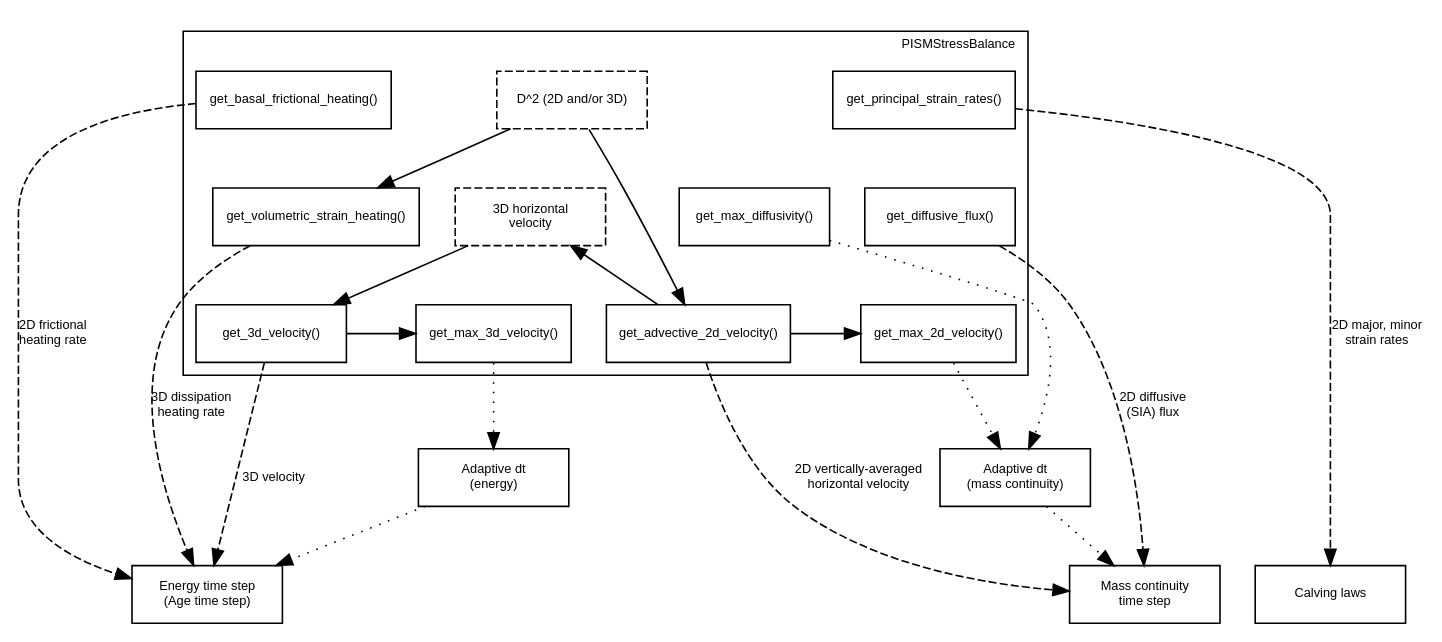
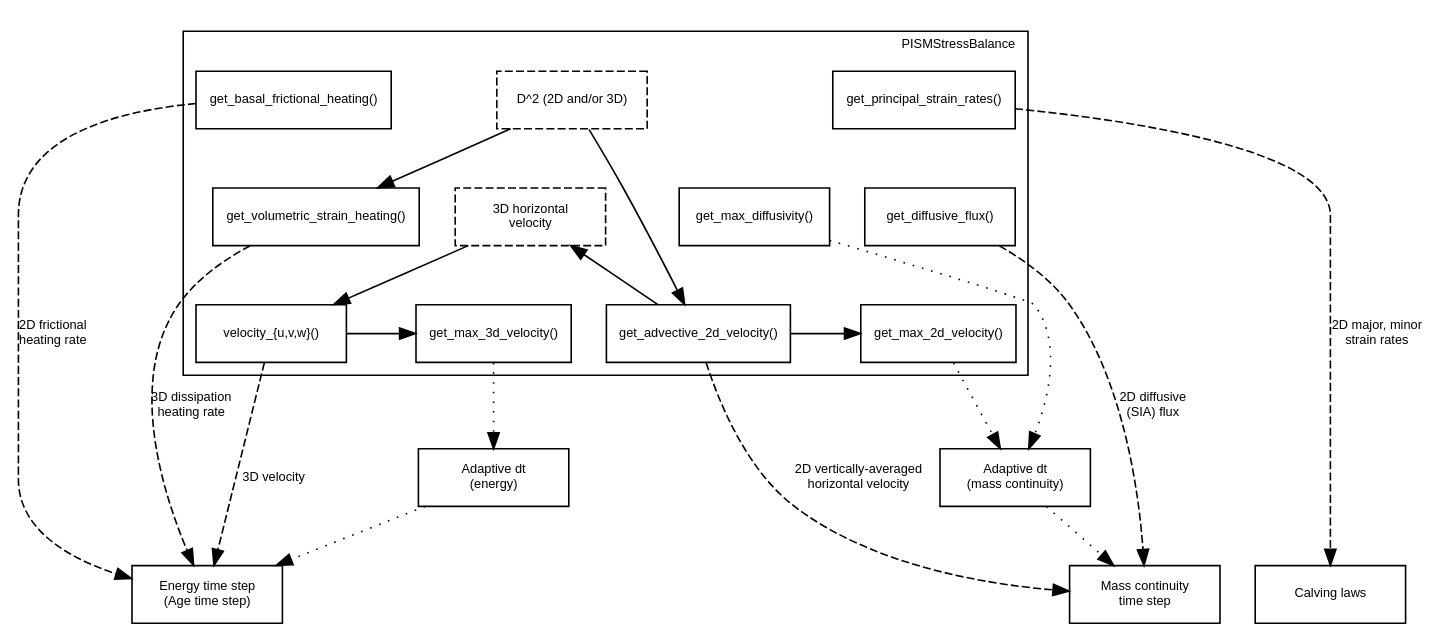
The diagram in src/base/stressbalance/figs/stressbalance-out.dot (pism/pism), drawn with Graphviz before and after one commit. The commit also changed 41 other files, not shown here.

```diff
--- a/src/base/stressbalance/figs/stressbalance-out.dot
+++ b/src/base/stressbalance/figs/stressbalance-out.dot
@@ -1,67 +1,67 @@
 digraph out {
     node [fontname=Arial fontsize=8 shape=box width=1.3 fixedsize=false];
     edge [fontname=Arial fontsize=8];
     graph [fontname=Arial fontsize=8 ranksep=0.5 nodesep=0.3];
 
 subgraph cluster_out {
     // Global graph parameters
 
     label="PISMStressBalance"
     labeljust=r
 
     {rank=min
         frictional_heating [label="get_basal_frictional_heating()"];
         D2_ssa [label="D^2 (2D and/or 3D)" style=dashed];
         principal [label="get_principal_strain_rates()"];
     }
     {rank=same
         vel_3d [label="3D horizontal\nvelocity" style=dashed];
         strain_heating [label="get_volumetric_strain_heating()"];
         sia_flux [label="get_diffusive_flux()"];
         D_max [label="get_max_diffusivity()"];
     }
     {rank=max
-        vel_3d_full [label="get_3d_velocity()"];
+        vel_3d_full [label="velocity_{u,v,w}()"];
         max_uvw [label="get_max_3d_velocity()"];
         vel_2d [label="get_advective_2d_velocity()"];   
         max_uv [label="get_max_2d_velocity()"];
     }
     D2_ssa -> vel_2d [label="" style=solid weight=10];
     D2_ssa -> strain_heating [label="" style=solid weight=10];
     vel_2d -> max_uv [label="" style=solid weight=10];
     vel_2d -> vel_3d [label="" style=solid weight=10];
     vel_3d -> vel_3d_full [label="" style=solid weight=10];
     vel_3d_full -> max_uvw [label="" style=solid weight=10];
 }
 
 {rank=same
     /*adapt_dt_energy [label="Adaptive dt\n(energy/age)"];*/
     adapt_dt_energy [label="Adaptive dt\n(energy)"];
     adapt_dt_mass [label="Adaptive dt\n(mass continuity)"];
 }
 
 {rank=same
     energy [label="Energy time step\n(Age time step)"];
     /*age [label="Age time step"];*/
     mass [label="Mass continuity\ntime step"];
     calving [label="Calving laws"];
 }
 
 /* dashed = field transfered
    dotted = scalar transfered */
 
 {D_max max_uv} -> adapt_dt_mass [style=dotted weight=10];
 max_uvw -> adapt_dt_energy [label="" style=dotted weight=10];
 adapt_dt_mass -> mass [style=dotted];
 adapt_dt_energy -> energy [style=dotted];
 /*adapt_dt_energy -> age [style=dotted];*/
 
 vel_2d -> mass [label="2D vertically-averaged\nhorizontal velocity" style=dashed];
 sia_flux -> mass [label="2D diffusive\n(SIA) flux" style=dashed weight=10];
 strain_heating -> energy [label="3D dissipation\nheating rate" style=dashed];
 frictional_heating -> energy [label="2D frictional\nheating rate" style=dashed];
 vel_3d_full -> energy [label="3D velocity" style=dashed];
 /*vel_3d_full -> age [label="3D velocity" style=dashed];*/
 principal -> calving [label="2D major, minor\nstrain rates" style=dashed];
 
 }
```
